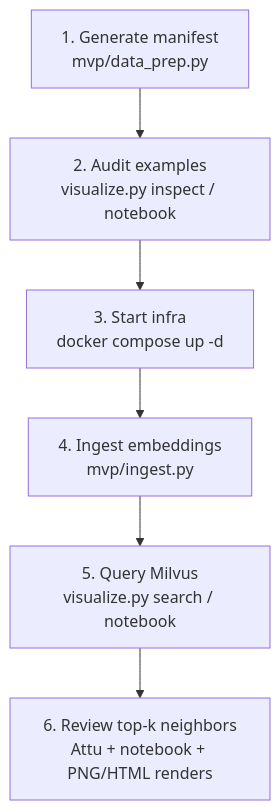
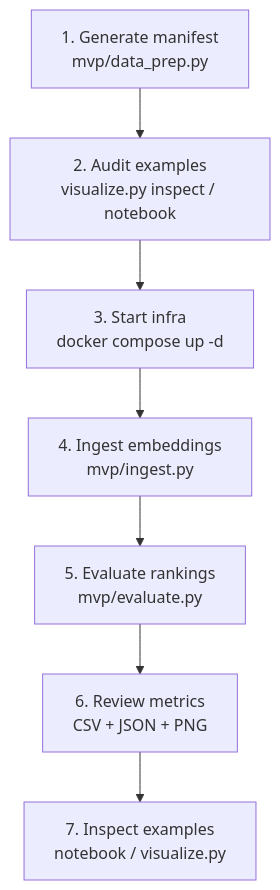
Before and after one commit to gabrivoy/masters-cbir: the third of 7 diagrams in mvp/README.md, drawn with Mermaid. The commit also changed other lines of this file and 5 other files, not shown here.

````diff
--- a/mvp/README.md
+++ b/mvp/README.md
@@ -107,8 +113,9 @@
 ```mermaid
 flowchart TD
     A["1. Generate manifest<br/>mvp/data_prep.py"] --> B["2. Audit examples<br/>visualize.py inspect / notebook"]
     B --> C["3. Start infra<br/>docker compose up -d"]
     C --> D["4. Ingest embeddings<br/>mvp/ingest.py"]
-    D --> E["5. Query Milvus<br/>visualize.py search / notebook"]
-    E --> F["6. Review top-k neighbors<br/>Attu + notebook + PNG/HTML renders"]
+    D --> E["5. Evaluate rankings<br/>mvp/evaluate.py"]
+    E --> F["6. Review metrics<br/>CSV + JSON + PNG"]
+    F --> G["7. Inspect examples<br/>notebook / visualize.py"]
 ```
````
